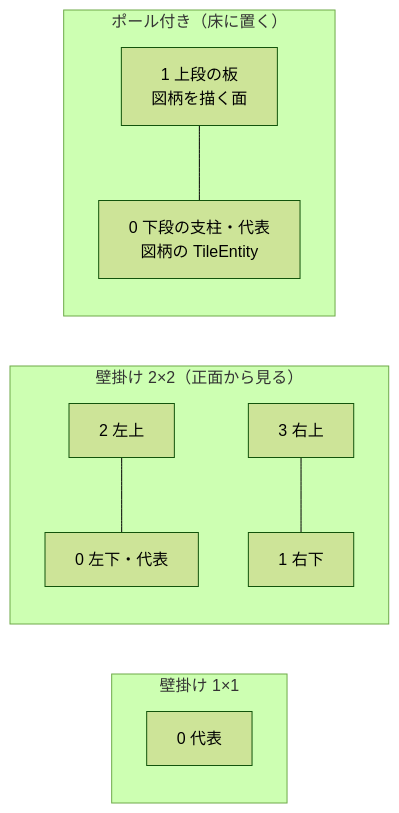
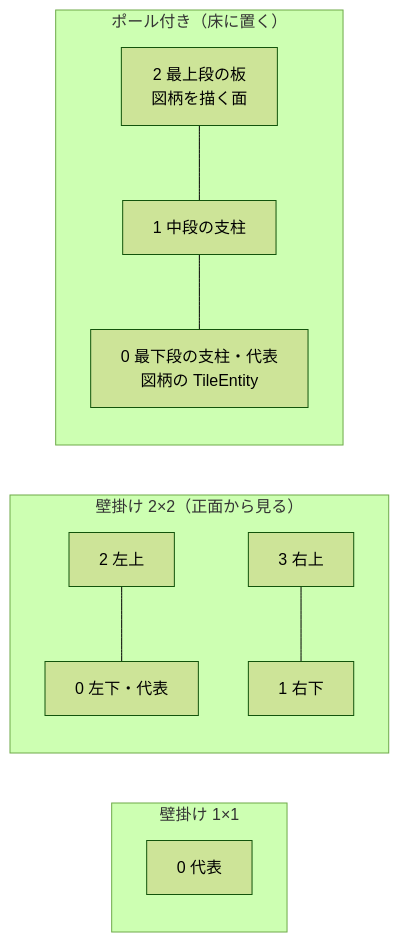
Before and after one commit to zeusisgood/safetysigns: the first of 3 diagrams in doc/diagrams/multiblock.md, drawn with Mermaid (forest theme). The commit also changed other lines of this file and 38 other files, not shown here.

````diff
--- a/doc/diagrams/multiblock.md
+++ b/doc/diagrams/multiblock.md
@@ -15,15 +15,15 @@
 ```mermaid
 flowchart LR
     subgraph W1["壁掛け 1×1"]
         A0["0 代表"]
     end
     subgraph W2["壁掛け 2×2（正面から見る）"]
         direction BT
         B0["0 左下・代表"] --- B2["2 左上"]
         B1["1 右下"] --- B3["3 右上"]
     end
     subgraph P["ポール付き（床に置く）"]
         direction BT
-        C0["0 下段の支柱・代表<br/>図柄の TileEntity"] --- C1["1 上段の板<br/>図柄を描く面"]
+        C0["0 最下段の支柱・代表<br/>図柄の TileEntity"] --- C1["1 中段の支柱"] --- C2["2 最上段の板<br/>図柄を描く面"]
     end
 ```
````
